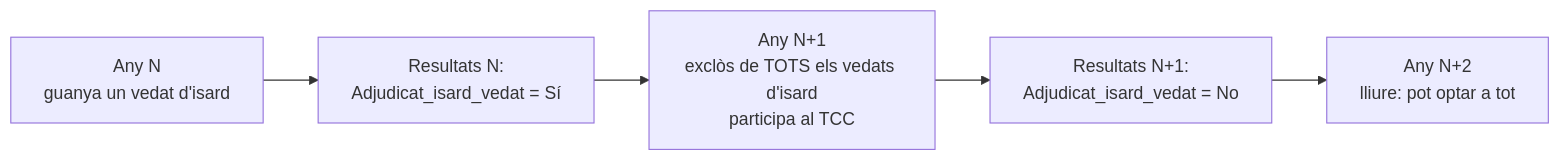
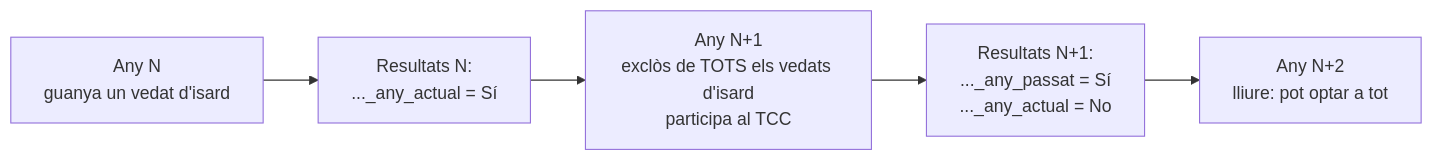
One commit to jordiordonez/sorteig_fauna changed the fourth of 7 diagrams in manual.md. Above: the diagram before and after it, drawn with Mermaid. The commit also changed other lines of this file and 6 other files, not shown here.

````diff
--- a/manual.md
+++ b/manual.md
@@ -293,7 +295,7 @@
 ```mermaid
 flowchart LR
-    A["Any N<br/>guanya un vedat d'isard"] --> B["Resultats N:<br/>Adjudicat_isard_vedat = Sí"]
+    A["Any N<br/>guanya un vedat d'isard"] --> B["Resultats N:<br/>..._any_actual = Sí"]
     B --> C["Any N+1<br/>exclòs de TOTS els vedats d'isard<br/>participa al TCC"]
-    C --> D["Resultats N+1:<br/>Adjudicat_isard_vedat = No"]
+    C --> D["Resultats N+1:<br/>..._any_passat = Sí<br/>..._any_actual = No"]
     D --> E["Any N+2<br/>lliure: pot optar a tot"]
 ```
````
